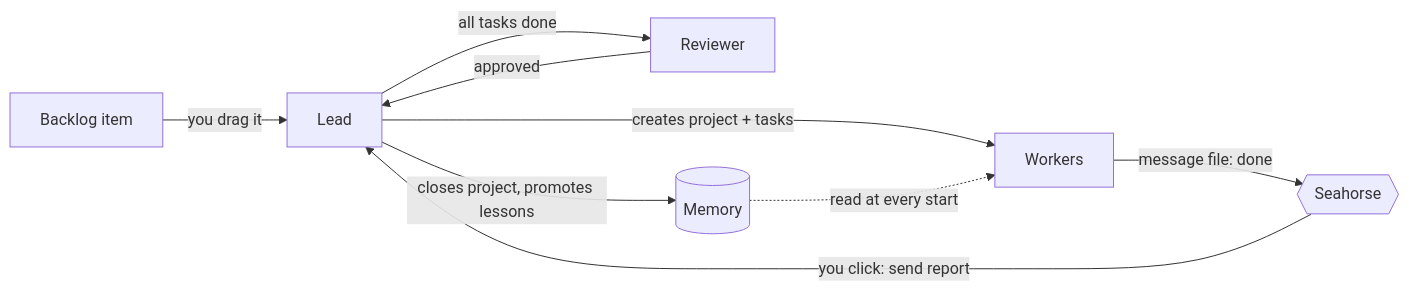
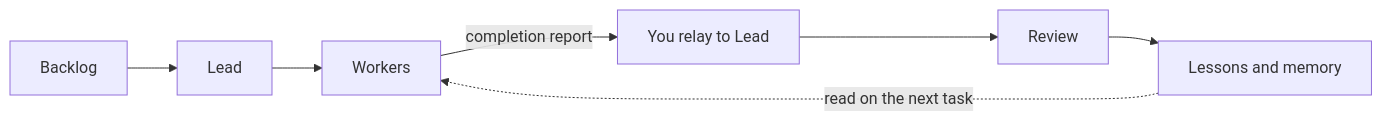
The diagram in README.md (mostafahussien19/seahorse), drawn with Mermaid before and after one commit. The commit also changed other lines of this file and 14 other files, not shown here.

````diff
--- a/README.md
+++ b/README.md
@@ -113,11 +59,9 @@
 ```mermaid
 flowchart LR
-    B[Backlog item] -->|you drag it| L[Lead]
-    L -->|creates project + tasks| W[Workers]
-    W -->|message file: done| S{{Seahorse}}
-    S -->|"you click: send report"| L
-    L -->|all tasks done| R[Reviewer]
-    R -->|approved| L
-    L -->|closes project, promotes lessons| M[(Memory)]
-    M -.->|read at every start| W
+    B[Backlog] --> L[Lead]
+    L --> W[Workers]
+    W -->|completion report| H[You relay to Lead]
+    H --> R[Review]
+    R --> M[Lessons and memory]
+    M -.->|read on the next task| W
 ```
````
